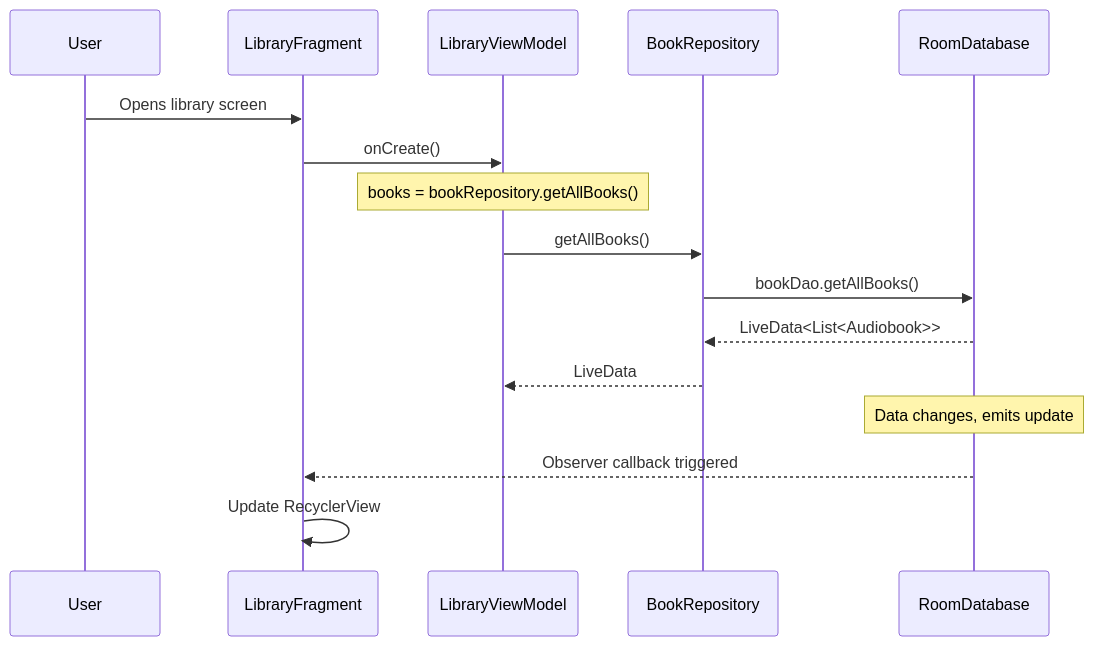
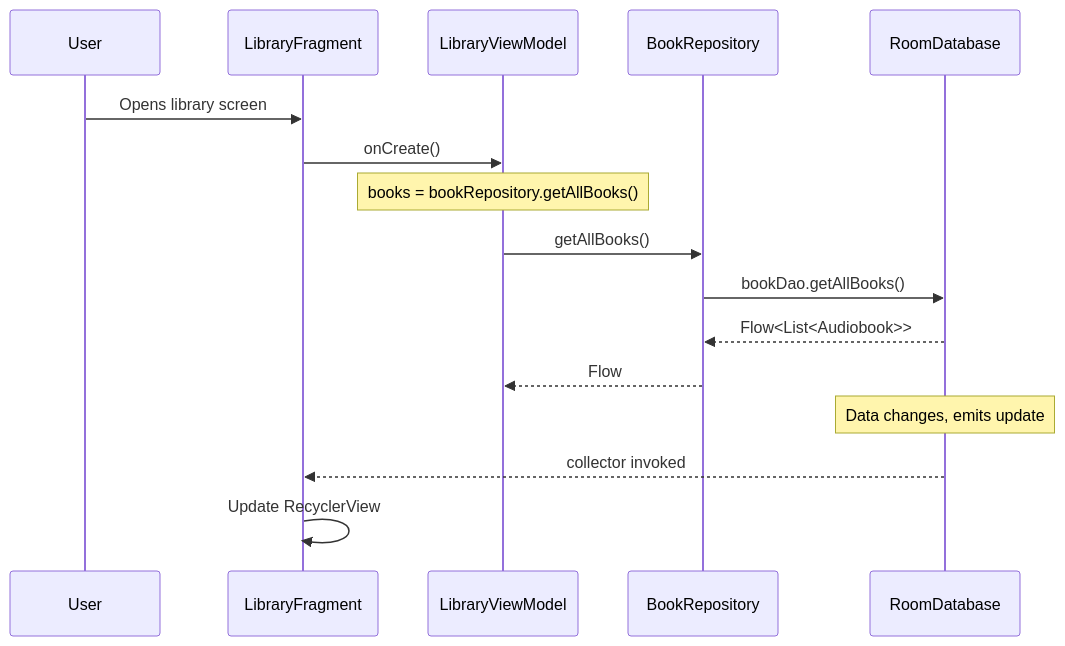
One commit to alebianco/chronicle changed the second of 6 diagrams in backlog/docs/reference/05-data-flow.md. Above: the diagram before and after it, drawn with Mermaid. The commit also changed other lines of this file and 7 other files, not shown here.

````diff
--- a/backlog/docs/reference/05-data-flow.md
+++ b/backlog/docs/reference/05-data-flow.md
@@ -55,19 +58,19 @@
 ```mermaid
 sequenceDiagram
     participant User
     participant LibraryFragment
     participant LibraryViewModel
     participant BookRepository
     participant RoomDatabase
     
     User->>LibraryFragment: Opens library screen
     LibraryFragment->>LibraryViewModel: onCreate()
     Note over LibraryViewModel: books = bookRepository.getAllBooks()
     LibraryViewModel->>BookRepository: getAllBooks()
     BookRepository->>RoomDatabase: bookDao.getAllBooks()
-    RoomDatabase-->>BookRepository: LiveData<List<Audiobook>>
-    BookRepository-->>LibraryViewModel: LiveData
+    RoomDatabase-->>BookRepository: Flow<List<Audiobook>>
+    BookRepository-->>LibraryViewModel: Flow
     Note over RoomDatabase: Data changes, emits update
-    RoomDatabase-->>LibraryFragment: Observer callback triggered
+    RoomDatabase-->>LibraryFragment: collector invoked
     LibraryFragment->>LibraryFragment: Update RecyclerView
 ```
````
